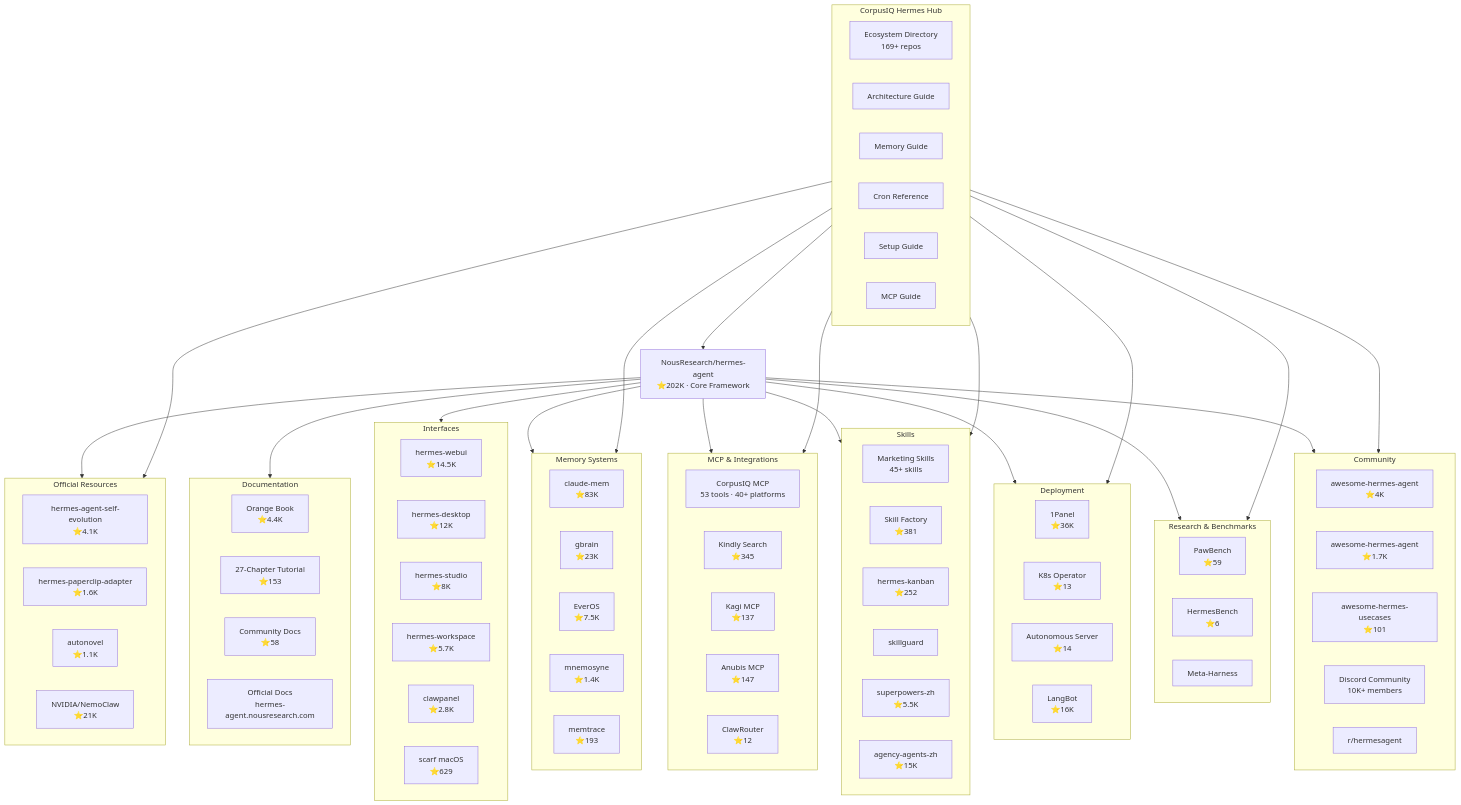
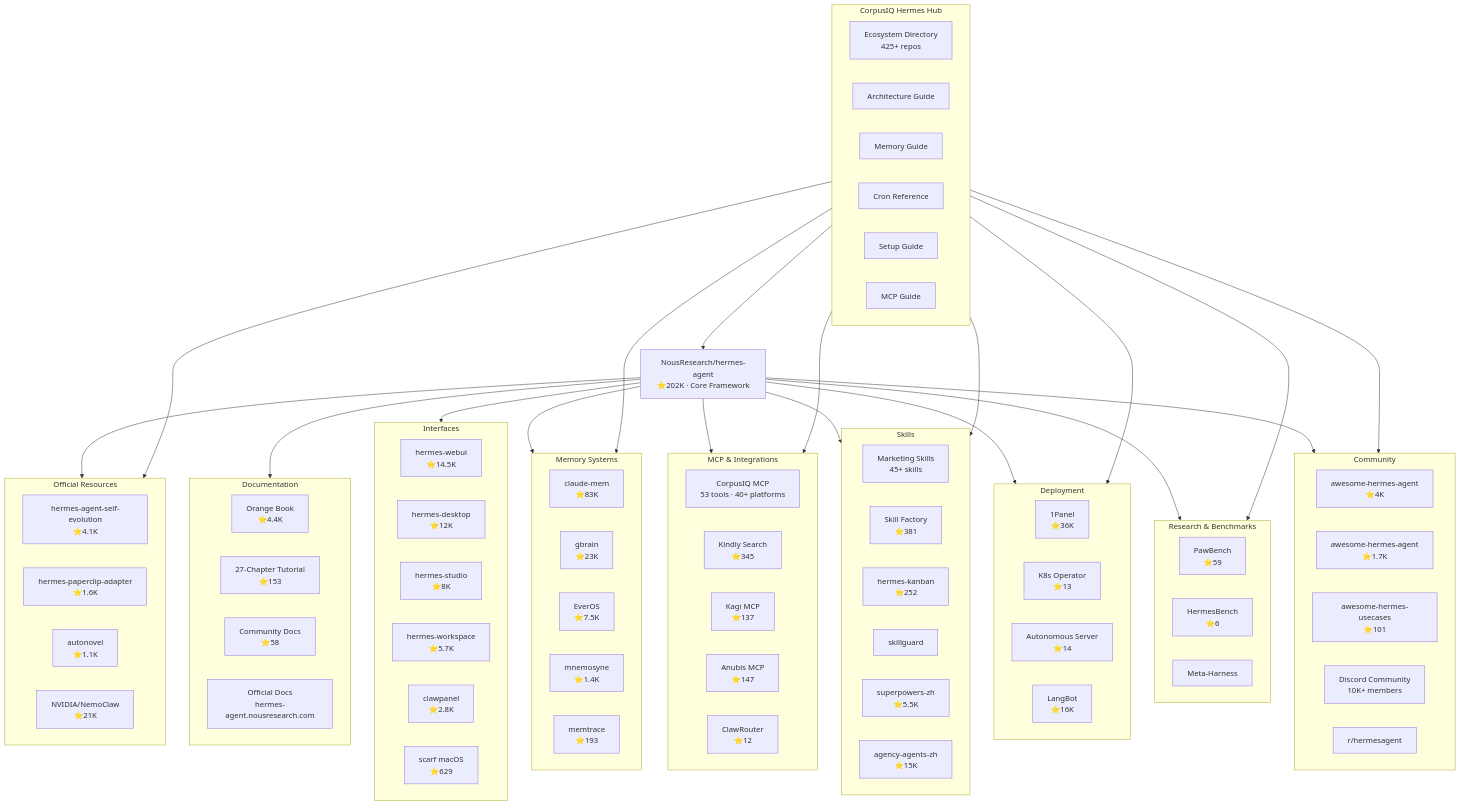
Before and after one commit to CorpusIQ/corpusiq-docs: the first of 4 diagrams in hermes/ecosystem-map.md, drawn with Mermaid. The commit also changed other lines of this file and 3 other files, not shown here.

```diff
--- a/hermes/ecosystem-map.md
+++ b/hermes/ecosystem-map.md
@@ -88,7 +88,7 @@
     end
 
     subgraph CORPUSIQ_HUB[CorpusIQ Hermes Hub]
-        ECOSYSTEM[Ecosystem Directory<br/>169+ repos]
+        ECOSYSTEM[Ecosystem Directory<br/>425+ repos]
         ARCHITECTURE[Architecture Guide]
         KNOWLEDGE[Memory Guide]
         CRONS[Cron Reference]
```
